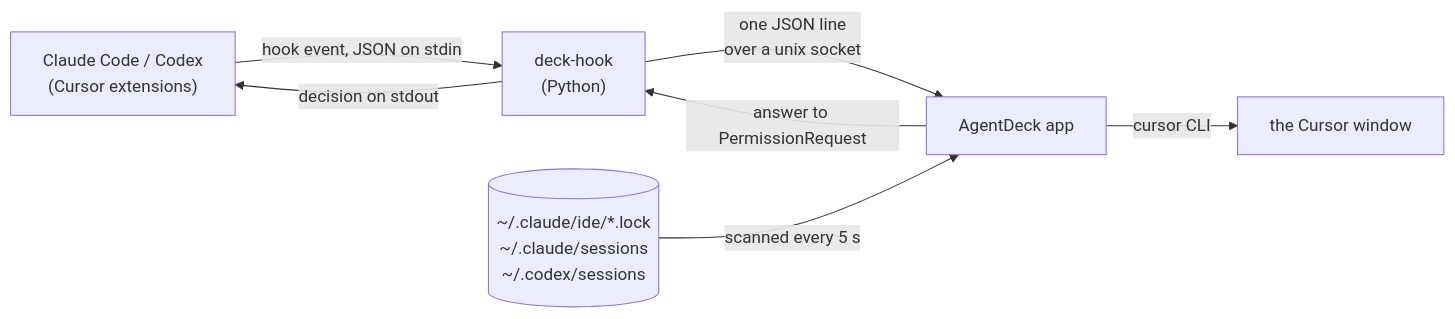
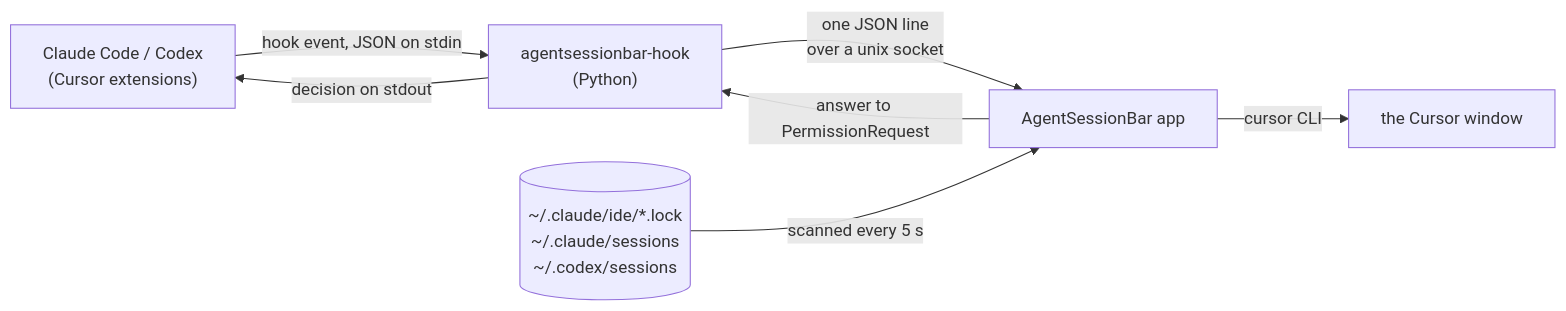
Before and after one commit to Mrright36988/AgentSessionBar: the diagram in README.md, drawn with Mermaid. The commit also changed other lines of this file and 33 other files, not shown here.

First line of the commit message:
Rename to AgentSessionBar and ship a release package

````diff
--- a/README.md
+++ b/README.md
@@ -29,9 +53,9 @@
 ```mermaid
 flowchart LR
-  A["Claude Code / Codex<br/>(Cursor extensions)"] -- "hook event, JSON on stdin" --> B["deck-hook<br/>(Python)"]
-  B -- "one JSON line<br/>over a unix socket" --> C["AgentDeck app"]
+  A["Claude Code / Codex<br/>(Cursor extensions)"] -- "hook event, JSON on stdin" --> B["agentsessionbar-hook<br/>(Python)"]
+  B -- "one JSON line<br/>over a unix socket" --> C["AgentSessionBar app"]
   C -- "answer to PermissionRequest" --> B
   B -- "decision on stdout" --> A
   D[("~/.claude/ide/*.lock<br/>~/.claude/sessions<br/>~/.codex/sessions")] -- "scanned every 5 s" --> C
   C -- "cursor CLI" --> E["the Cursor window"]
 ```
````
